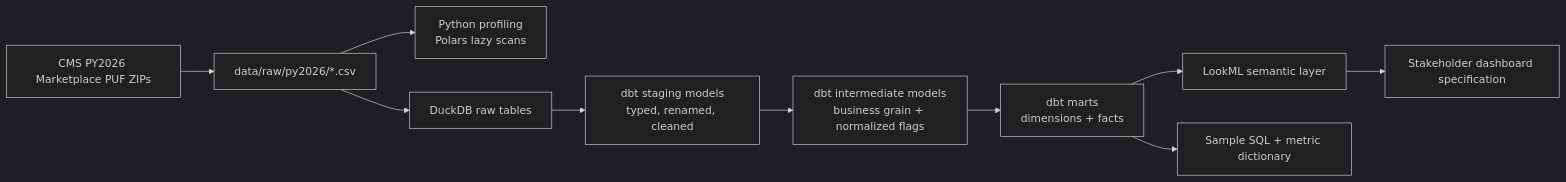
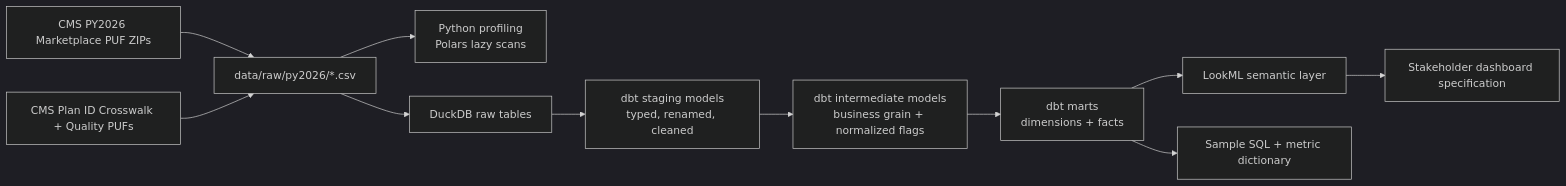
The diagram in README.md (bobaoxu2001/aca-marketplace-analytics-engineering), drawn with Mermaid (dark theme) before and after one commit. The commit also changed other lines of this file and 24 other files, not shown here.

Commit message:
Add plan history and quality analytics v2

````diff
--- a/README.md
+++ b/README.md
@@ -95,12 +112,13 @@
 ```mermaid
 flowchart LR
     A["CMS PY2026 Marketplace PUF ZIPs"] --> B["data/raw/py2026/*.csv"]
+    A2["CMS Plan ID Crosswalk + Quality PUFs"] --> B
     B --> C["Python profiling<br/>Polars lazy scans"]
     B --> D["DuckDB raw tables"]
     D --> E["dbt staging models<br/>typed, renamed, cleaned"]
     E --> F["dbt intermediate models<br/>business grain + normalized flags"]
     F --> G["dbt marts<br/>dimensions + facts"]
     G --> H["LookML semantic layer"]
     H --> I["Stakeholder dashboard specification"]
     G --> J["Sample SQL + metric dictionary"]
 ```
````
